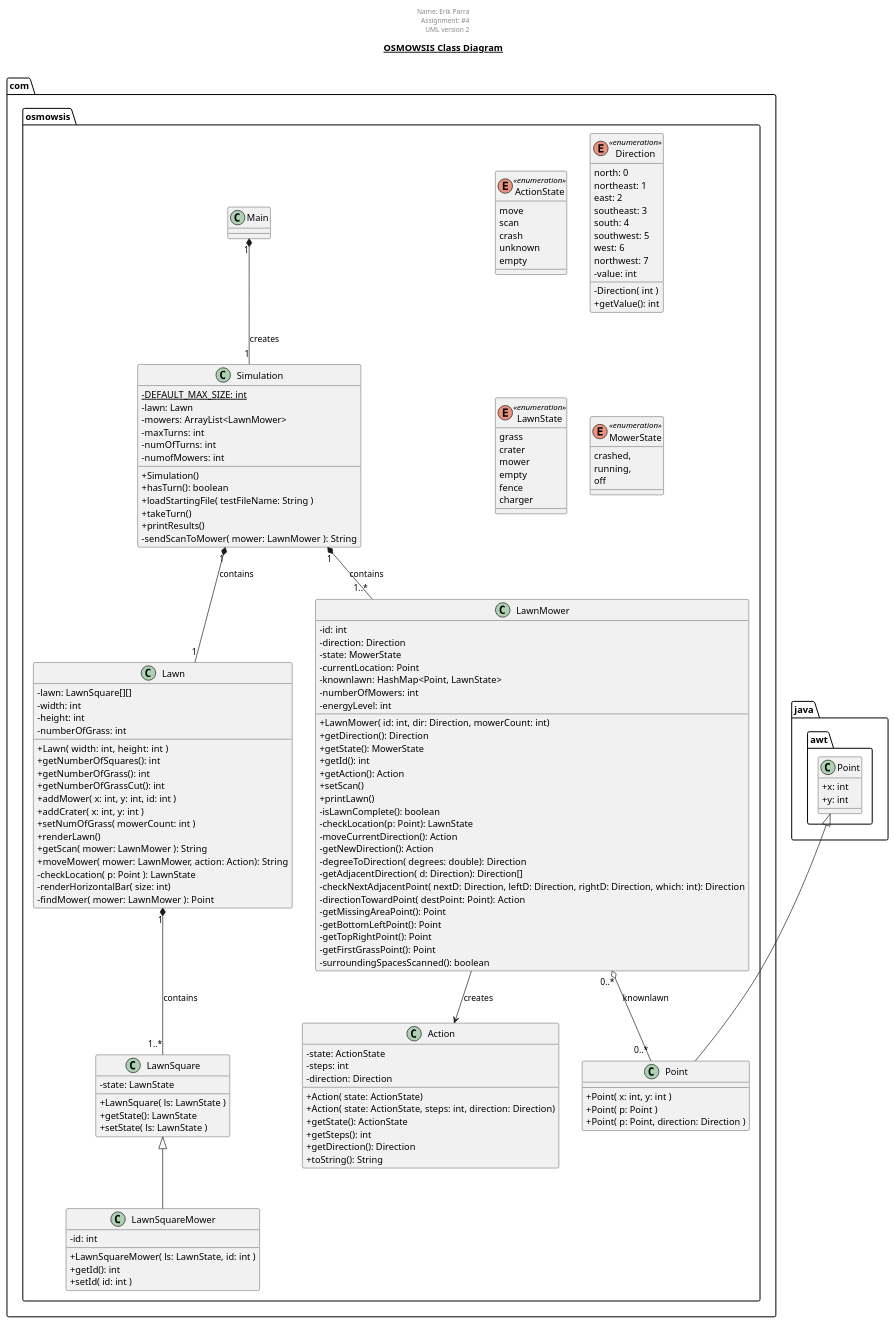
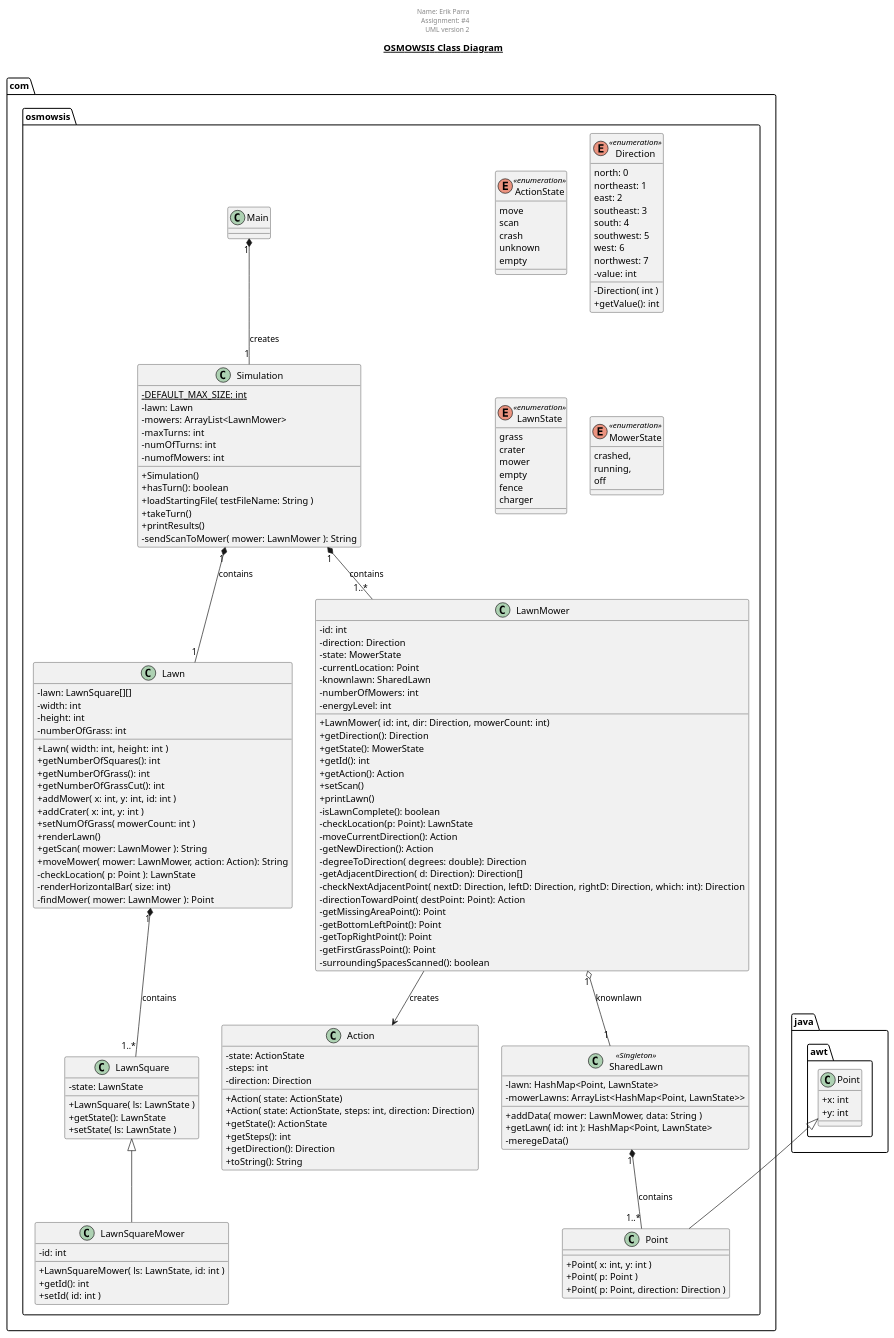
The diagram in osmowsis.plantuml (erikparra/osmowsis), drawn with PlantUML before and after one commit. The commit also changed 1 other file, not shown here.

Commit message:
Updated uml and sequence diagrams

```diff
--- a/osmowsis.plantuml
+++ b/osmowsis.plantuml
@@ -1,180 +1,188 @@
 @startuml
 
 skinparam classAttributeIconSize 0
 'hide circle
 
 title __OSMOWSIS Class Diagram__\n
 
 center header
 Name: Erik Parra
 Assignment: #4
 UML version 2
 end header
 
 class com.osmowsis.Action {
     - state: ActionState
     - steps: int
     - direction: Direction
 
     + Action( state: ActionState)
     + Action( state: ActionState, steps: int, direction: Direction)
     + getState(): ActionState
     + getSteps(): int
     + getDirection(): Direction
     + toString(): String
 }
 
 enum com.osmowsis.ActionState <<enumeration>> {
     move
     scan
     crash
     unknown
     empty
 }
 
 enum com.osmowsis.Direction <<enumeration>> {
     north: 0
     northeast: 1
     east: 2
     southeast: 3
     south: 4
     southwest: 5
     west: 6
     northwest: 7
     - value: int
 
     - Direction( int )
     + getValue(): int
 }
 
 class com.osmowsis.Lawn {
     - lawn: LawnSquare[][]
     - width: int
     - height: int
     - numberOfGrass: int
     + Lawn( width: int, height: int  )
     + getNumberOfSquares(): int
     + getNumberOfGrass(): int
     + getNumberOfGrassCut(): int
     + addMower( x: int, y: int, id: int )
     + addCrater( x: int, y: int )
     + setNumOfGrass( mowerCount: int )
     + renderLawn()
     + getScan( mower: LawnMower ): String
     +  moveMower( mower: LawnMower, action: Action): String
     - checkLocation( p: Point ): LawnState
     - renderHorizontalBar( size: int)
     - findMower( mower: LawnMower ): Point
 }
 
 
 class com.osmowsis.LawnMower {
 
     - id: int
     - direction: Direction
     - state: MowerState
     - currentLocation: Point
-    - knownlawn: HashMap<Point, LawnState>
+    - knownlawn: SharedLawn
     - numberOfMowers: int
     - energyLevel: int
 
     + LawnMower( id: int, dir: Direction, mowerCount: int)
     + getDirection(): Direction
     + getState(): MowerState
     + getId(): int
     + getAction(): Action
     + setScan()
     + printLawn()
     - isLawnComplete(): boolean
     - checkLocation(p: Point): LawnState
     - moveCurrentDirection(): Action
     - getNewDirection(): Action
     - degreeToDirection( degrees: double): Direction
     - getAdjacentDirection( d: Direction): Direction[]
     - checkNextAdjacentPoint( nextD: Direction, leftD: Direction, rightD: Direction, which: int): Direction
     - directionTowardPoint( destPoint: Point): Action
     - getMissingAreaPoint(): Point
     - getBottomLeftPoint(): Point
     - getTopRightPoint(): Point
     - getFirstGrassPoint(): Point
     - surroundingSpacesScanned(): boolean
 }
 
 
 class com.osmowsis.LawnSquare {
     - state: LawnState
     + LawnSquare( ls: LawnState )
     + getState(): LawnState
     + setState( ls: LawnState )
 }
 
 
 class com.osmowsis.LawnSquareMower {
     - id: int
     + LawnSquareMower( ls: LawnState, id: int )
     + getId(): int
     + setId( id: int )
 }
 
 enum com.osmowsis.LawnState <<enumeration>> {
     grass
     crater
     mower
     empty
     fence
     charger
 }
 
 class com.osmowsis.Main {
 }
 
 enum com.osmowsis.MowerState <<enumeration>> {
     crashed,
     running,
     off
 }
 
 class java.awt.Point {
     + x: int
     + y: int
 }
 
 
 class com.osmowsis.Point {
     + Point( x: int, y: int )
     + Point( p: Point )
     + Point( p: Point, direction: Direction )
 }
 
 
 class com.osmowsis.Simulation {
     - {static} DEFAULT_MAX_SIZE: int
     - lawn: Lawn
     - mowers: ArrayList<LawnMower>
     - maxTurns: int
     - numOfTurns: int
     - numofMowers: int
 
     + Simulation()
     + hasTurn(): boolean
     + loadStartingFile( testFileName: String )
     + takeTurn()
     + printResults()
     - sendScanToMower( mower: LawnMower ): String
+}
 
+class com.osmowsis.SharedLawn <<Singleton>>{
+    - lawn: HashMap<Point, LawnState>
+    - mowerLawns: ArrayList<HashMap<Point, LawnState>>
+    + addData( mower: LawnMower, data: String )
+    + getLawn( id: int ): HashMap<Point, LawnState>
+    - meregeData()
 }
 
 
 com.osmowsis.Simulation "1" *-- "1" com.osmowsis.Lawn  : contains
 com.osmowsis.Simulation "1" *-- "1..*" com.osmowsis.LawnMower  : contains
 com.osmowsis.Lawn "1" *-- "1..*" com.osmowsis.LawnSquare : contains
 com.osmowsis.LawnSquareMower -up-|> com.osmowsis.LawnSquare
 com.osmowsis.Point -up-|> java.awt.Point
 com.osmowsis.LawnMower --> com.osmowsis.Action : creates
 
-com.osmowsis.LawnMower "0..*" o-- "0..*" com.osmowsis.Point : knownlawn
+com.osmowsis.LawnMower "1" o-- "1" com.osmowsis.SharedLawn : knownlawn
 com.osmowsis.Main "1" *-- "1" com.osmowsis.Simulation : creates
+com.osmowsis.SharedLawn "1" *-- "1..*" com.osmowsis.Point : contains
 
 
 
 @enduml
```
